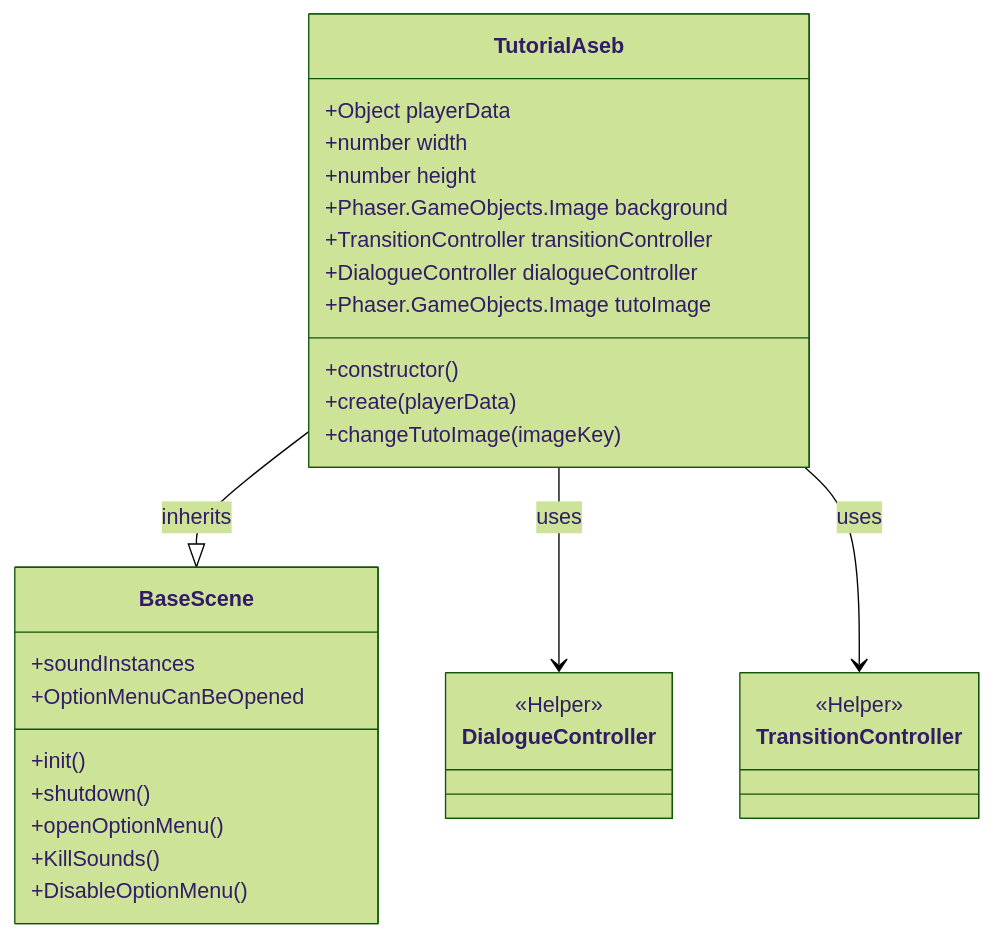
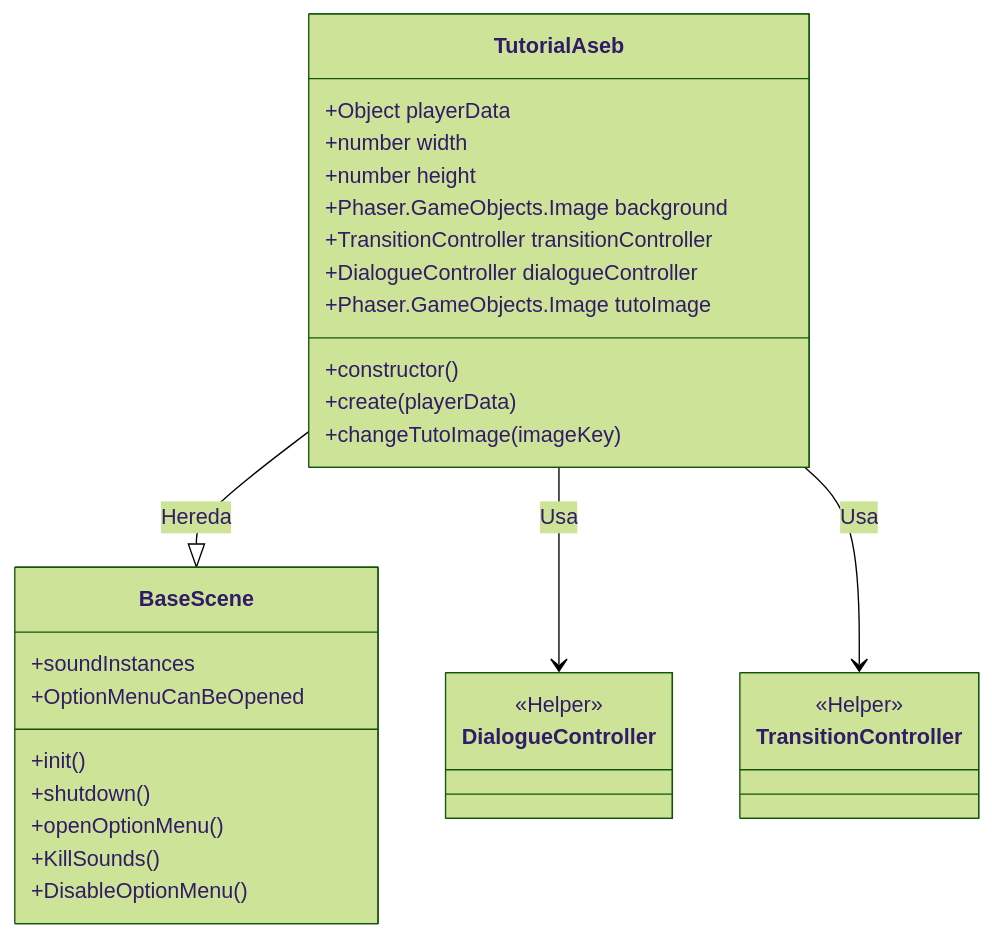
Before and after one commit to MaltenGD/TimeBoxed: diagram 13 of 23 in arquitectura.md, drawn with Mermaid (forest theme). The commit also changed other lines of this file, not shown here.

````diff
--- a/arquitectura.md
+++ b/arquitectura.md
@@ -161,41 +606,41 @@
 ```mermaid
 classDiagram
     class TutorialAseb {
         %% Properties defined in create
         +Object playerData
         +number width
         +number height
         +Phaser.GameObjects.Image background
         +TransitionController transitionController
         +DialogueController dialogueController
         +Phaser.GameObjects.Image tutoImage
 
         %% Methods
         +constructor()
         +create(playerData)
         +changeTutoImage(imageKey)
     }
 
     class BaseScene {
         +soundInstances
         +OptionMenuCanBeOpened
         +init()
         +shutdown()
         +openOptionMenu()
         +KillSounds()
         +DisableOptionMenu()
     }
 
     class DialogueController {
         <<Helper>>
     }
 
     class TransitionController {
         <<Helper>>
     }
 
-    TutorialAseb --|> BaseScene : inherits
-    TutorialAseb --> DialogueController : uses
-    TutorialAseb --> TransitionController : uses
+    TutorialAseb --|> BaseScene : Hereda
+    TutorialAseb --> DialogueController : Usa
+    TutorialAseb --> TransitionController : Usa
 
 ```
````
